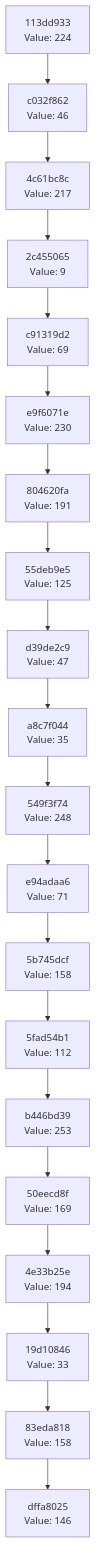
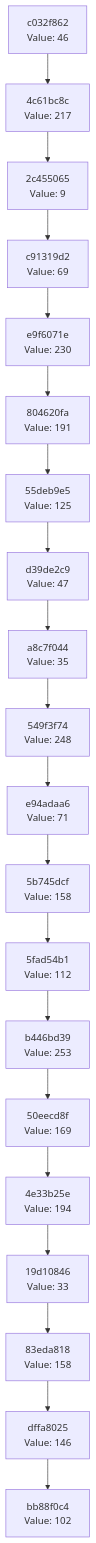
Before and after one commit to Abhisheksinha1506/hash-chain-evolver: the diagram in docs/CHAIN_VISUALIZATION.md, drawn with Mermaid. The commit also changed 2 other files, not shown here.

Commit message:
Evolution step: hash 0x66 → action executed

````diff
--- a/docs/CHAIN_VISUALIZATION.md
+++ b/docs/CHAIN_VISUALIZATION.md
@@ -3,42 +3,42 @@
 ```mermaid
 graph TD
-    C0["dffa8025<br/>Value: 146"]
-    C1["83eda818<br/>Value: 158"]
+    C0["bb88f0c4<br/>Value: 102"]
+    C1["dffa8025<br/>Value: 146"]
     C1 --> C0
-    C2["19d10846<br/>Value: 33"]
+    C2["83eda818<br/>Value: 158"]
     C2 --> C1
-    C3["4e33b25e<br/>Value: 194"]
+    C3["19d10846<br/>Value: 33"]
     C3 --> C2
-    C4["50eecd8f<br/>Value: 169"]
+    C4["4e33b25e<br/>Value: 194"]
     C4 --> C3
-    C5["b446bd39<br/>Value: 253"]
+    C5["50eecd8f<br/>Value: 169"]
     C5 --> C4
-    C6["5fad54b1<br/>Value: 112"]
+    C6["b446bd39<br/>Value: 253"]
     C6 --> C5
-    C7["5b745dcf<br/>Value: 158"]
+    C7["5fad54b1<br/>Value: 112"]
     C7 --> C6
-    C8["e94adaa6<br/>Value: 71"]
+    C8["5b745dcf<br/>Value: 158"]
     C8 --> C7
-    C9["549f3f74<br/>Value: 248"]
+    C9["e94adaa6<br/>Value: 71"]
     C9 --> C8
-    C10["a8c7f044<br/>Value: 35"]
+    C10["549f3f74<br/>Value: 248"]
     C10 --> C9
-    C11["d39de2c9<br/>Value: 47"]
+    C11["a8c7f044<br/>Value: 35"]
     C11 --> C10
-    C12["55deb9e5<br/>Value: 125"]
+    C12["d39de2c9<br/>Value: 47"]
     C12 --> C11
-    C13["804620fa<br/>Value: 191"]
+    C13["55deb9e5<br/>Value: 125"]
     C13 --> C12
-    C14["e9f6071e<br/>Value: 230"]
+    C14["804620fa<br/>Value: 191"]
     C14 --> C13
-    C15["c91319d2<br/>Value: 69"]
+    C15["e9f6071e<br/>Value: 230"]
     C15 --> C14
-    C16["2c455065<br/>Value: 9"]
+    C16["c91319d2<br/>Value: 69"]
     C16 --> C15
-    C17["4c61bc8c<br/>Value: 217"]
+    C17["2c455065<br/>Value: 9"]
     C17 --> C16
-    C18["c032f862<br/>Value: 46"]
+    C18["4c61bc8c<br/>Value: 217"]
     C18 --> C17
-    C19["113dd933<br/>Value: 224"]
+    C19["c032f862<br/>Value: 46"]
     C19 --> C18
 ```
````
